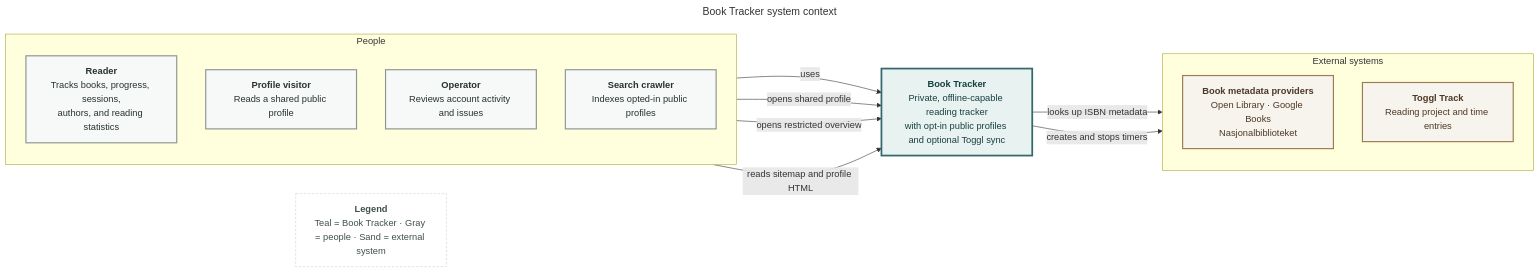
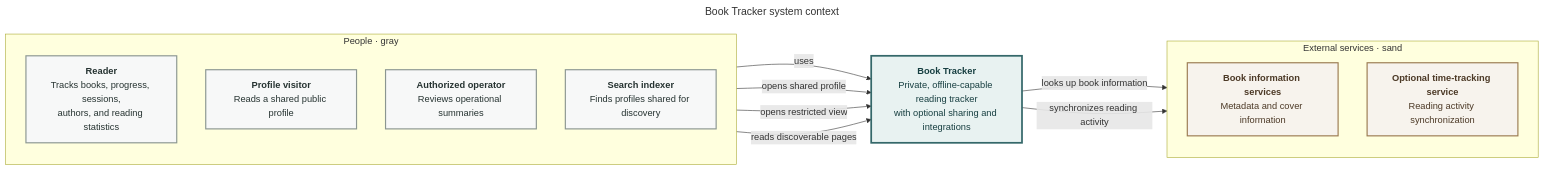
The diagram in docs/architecture/system-context.mmd (ankile/book-tracker), drawn with Mermaid before and after one commit. The commit also changed 23 other files, not shown here.

Commit message:
Publish sanitized architecture and current runbooks

```diff
--- a/docs/architecture/system-context.mmd
+++ b/docs/architecture/system-context.mmd
@@ -1,36 +1,33 @@
 ---
 title: Book Tracker system context
 ---
 flowchart LR
   accTitle: Book Tracker system context
-  accDescr: Readers, public profile visitors, the operator, and search crawlers use Book Tracker. Book Tracker reads book metadata from Open Library, Google Books, and Nasjonalbiblioteket, and optionally synchronizes reading timers with Toggl Track.
+  accDescr: Readers use Book Tracker to manage a private reading library. People may also view shared profiles. The app obtains book information from external catalog services and can connect to an optional time-tracking service.
 
   classDef person fill:#f7f8f8,stroke:#8b9691,color:#263331,stroke-width:2px;
   classDef system fill:#e8f2f1,stroke:#35686a,color:#173f41,stroke-width:3px;
   classDef external fill:#f7f3ed,stroke:#9b7b52,color:#4c3926,stroke-width:2px;
-  classDef legend fill:#ffffff,stroke:#c9d1cf,color:#40504d,stroke-width:1px,stroke-dasharray:4 3;
 
-  subgraph people[People]
+  subgraph people[People · gray]
     direction TB
     reader["<b>Reader</b><br/>Tracks books, progress, sessions,<br/>authors, and reading statistics"]:::person
     visitor["<b>Profile visitor</b><br/>Reads a shared public profile"]:::person
-    operator["<b>Operator</b><br/>Reviews account activity and issues"]:::person
-    crawler["<b>Search crawler</b><br/>Indexes opted-in public profiles"]:::person
+    operator["<b>Authorized operator</b><br/>Reviews operational summaries"]:::person
+    crawler["<b>Search indexer</b><br/>Finds profiles shared for discovery"]:::person
   end
 
-  app["<b>Book Tracker</b><br/>Private, offline-capable reading tracker<br/>with opt-in public profiles and optional Toggl sync"]:::system
+  app["<b>Book Tracker</b><br/>Private, offline-capable reading tracker<br/>with optional sharing and integrations"]:::system
 
-  subgraph providers[External systems]
+  subgraph providers[External services · sand]
     direction TB
-    catalogs["<b>Book metadata providers</b><br/>Open Library · Google Books<br/>Nasjonalbiblioteket"]:::external
-    toggl["<b>Toggl Track</b><br/>Reading project and time entries"]:::external
+    catalogs["<b>Book information services</b><br/>Metadata and cover information"]:::external
+    timer["<b>Optional time-tracking service</b><br/>Reading activity synchronization"]:::external
   end
 
   reader -->|"uses"| app
   visitor -->|"opens shared profile"| app
-  operator -->|"opens restricted overview"| app
-  crawler -->|"reads sitemap and profile HTML"| app
-  app -->|"looks up ISBN metadata"| catalogs
-  app -->|"creates and stops timers"| toggl
-
-  legend["<b>Legend</b><br/>Teal = Book Tracker · Gray = people · Sand = external system"]:::legend
+  operator -->|"opens restricted view"| app
+  crawler -->|"reads discoverable pages"| app
+  app -->|"looks up book information"| catalogs
+  app -->|"synchronizes reading activity"| timer
```
